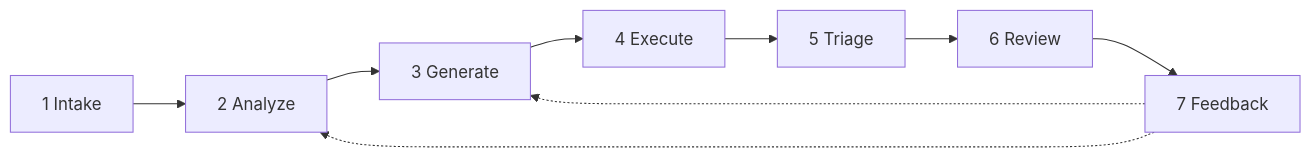
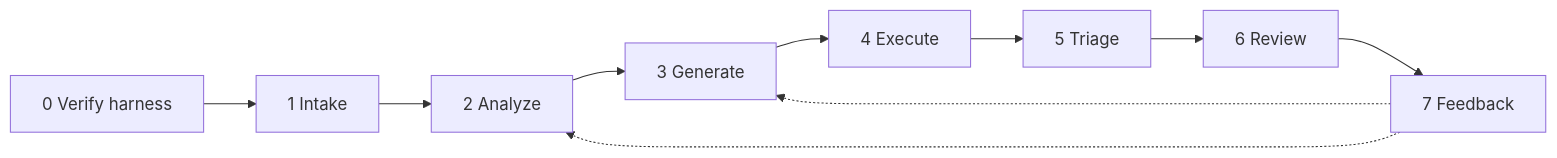
One commit to croadfeldt/ai-test-harness changed the diagram in diagrams/pipeline.mmd. Above: the diagram before and after it, drawn with Mermaid. The commit also changed 108 other files, not shown here.

```diff
--- a/diagrams/pipeline.mmd
+++ b/diagrams/pipeline.mmd
@@ -1,5 +1,6 @@
 flowchart LR
-    I[1 Intake] --> A[2 Analyze] --> G[3 Generate] --> X[4 Execute] --> T[5 Triage] --> R[6 Review]
+    V[0 Verify harness] --> I[1 Intake]
+    I --> A[2 Analyze] --> G[3 Generate] --> X[4 Execute] --> T[5 Triage] --> R[6 Review]
     R --> F[7 Feedback]
     F -.-> G
     F -.-> A
```
